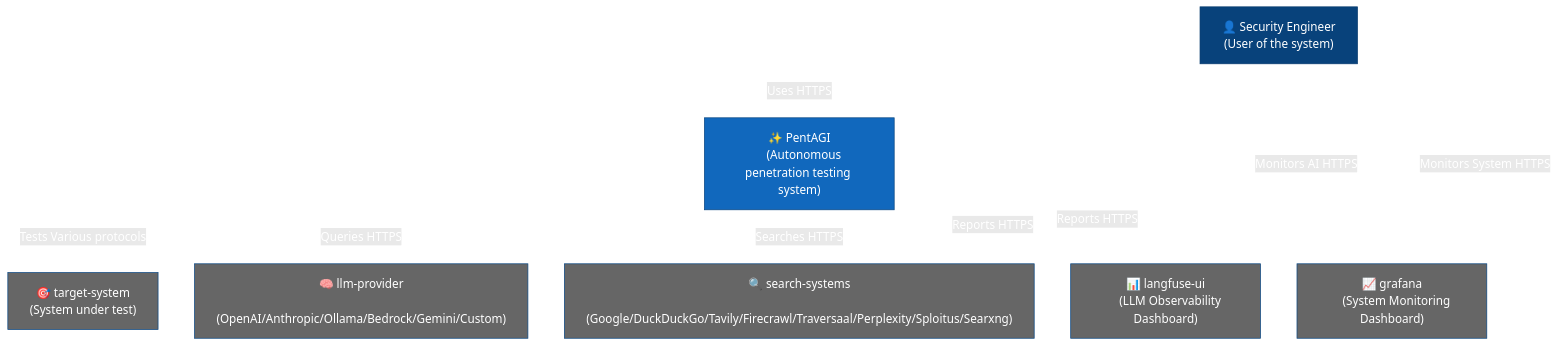
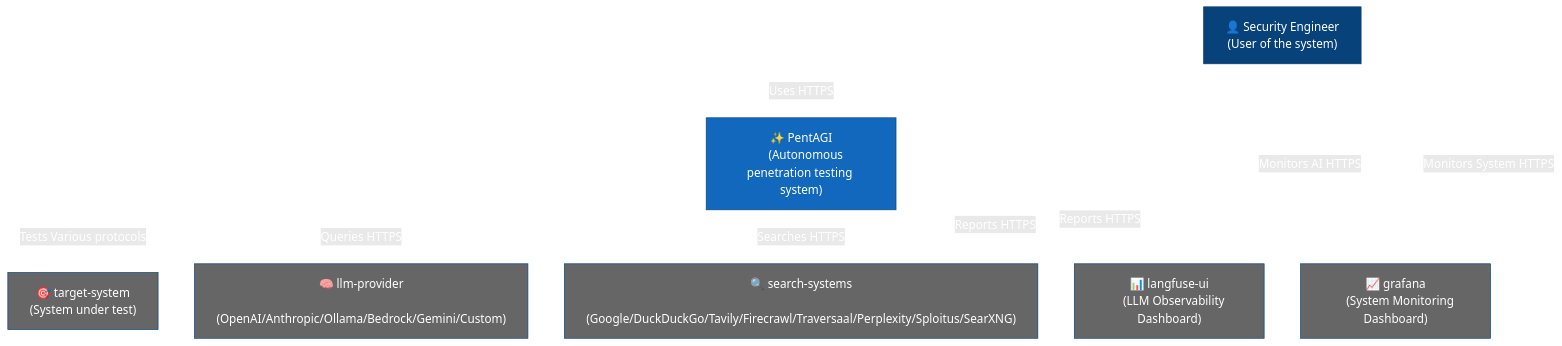
Before and after one commit to vxcontrol/pentagi: the first of 6 diagrams in README.md, drawn with Mermaid. The commit also changed other lines of this file and 2 other files, not shown here.

````diff
--- a/README.md
+++ b/README.md
@@ -98,38 +104,38 @@
 ```mermaid
 flowchart TB
     classDef person fill:#08427B,stroke:#073B6F,color:#fff
     classDef system fill:#1168BD,stroke:#0B4884,color:#fff
     classDef external fill:#666666,stroke:#0B4884,color:#fff
 
     pentester["👤 Security Engineer
     (User of the system)"]
 
     pentagi["✨ PentAGI
     (Autonomous penetration testing system)"]
 
     target["🎯 target-system
     (System under test)"]
     llm["🧠 llm-provider
     (OpenAI/Anthropic/Ollama/Bedrock/Gemini/Custom)"]
     search["🔍 search-systems
-    (Google/DuckDuckGo/Tavily/Firecrawl/Traversaal/Perplexity/Sploitus/Searxng)"]
+    (Google/DuckDuckGo/Tavily/Firecrawl/Traversaal/Perplexity/Sploitus/SearXNG)"]
     langfuse["📊 langfuse-ui
     (LLM Observability Dashboard)"]
     grafana["📈 grafana
     (System Monitoring Dashboard)"]
 
     pentester --> |Uses HTTPS| pentagi
     pentester --> |Monitors AI HTTPS| langfuse
     pentester --> |Monitors System HTTPS| grafana
     pentagi --> |Tests Various protocols| target
     pentagi --> |Queries HTTPS| llm
     pentagi --> |Searches HTTPS| search
     pentagi --> |Reports HTTPS| langfuse
     pentagi --> |Reports HTTPS| grafana
 
     class pentester person
     class pentagi system
     class target,llm,search,langfuse,grafana external
 
     linkStyle default stroke:#ffffff,color:#ffffff
 ```
````
